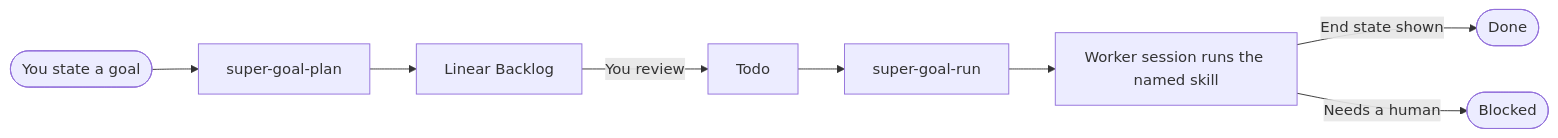
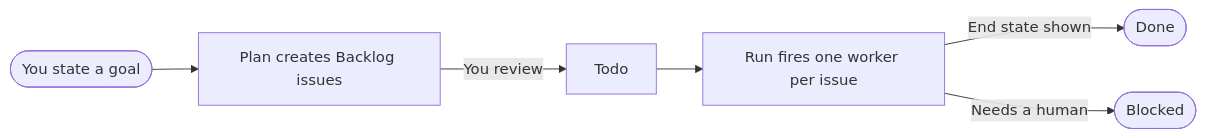
One commit to mcnutt1414/super-goals-oss changed the diagram in README.md. Above: the diagram before and after it, drawn with Mermaid.

Commit message:
Shorten the README flow diagram so its text stays legible

````diff
--- a/README.md
+++ b/README.md
@@ -37,10 +37,8 @@
 ```mermaid
 flowchart LR
-    goal([You state a goal]) --> plan[super-goal-plan]
-    plan --> backlog[Linear Backlog]
-    backlog -->|You review| todo[Todo]
-    todo --> run[super-goal-run]
-    run --> worker[Worker session runs the named skill]
-    worker -->|End state shown| done([Done])
-    worker -->|Needs a human| blocked([Blocked])
+    goal([You state a goal]) --> plan[Plan creates Backlog issues]
+    plan -->|You review| todo[Todo]
+    todo --> run[Run fires one worker per issue]
+    run -->|End state shown| done([Done])
+    run -->|Needs a human| blocked([Blocked])
 ```
````
